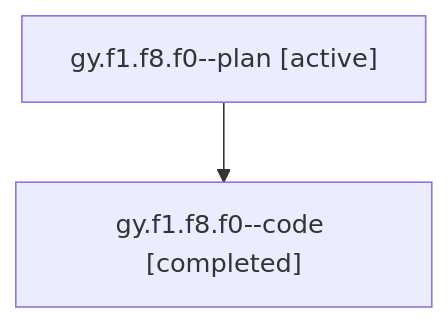
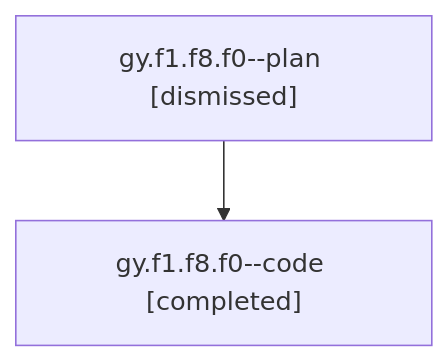
Before and after one commit to sase-org/sase--agents: the diagram in sessions/bbugyi200.athena.gy.f1.f8.f0.md, drawn with Mermaid. The commit also changed other lines of this file and 74 other files, not shown here.

````diff
--- a/sessions/bbugyi200.athena.gy.f1.f8.f0.md
+++ b/sessions/bbugyi200.athena.gy.f1.f8.f0.md
@@ -9,6 +9,6 @@
 ```mermaid
 flowchart TD
-  n0["gy.f1.f8.f0--plan [active]"]
+  n0["gy.f1.f8.f0--plan [dismissed]"]
   n1["gy.f1.f8.f0--code [completed]"]
   n0 --> n1
 ```
````
